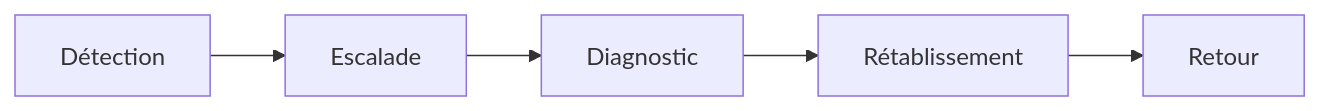
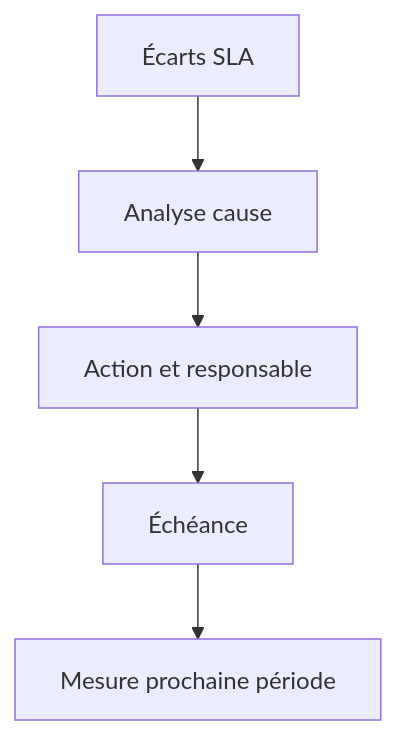
Before and after one commit to biggyseven/Skill-Tree: the sixth of 6 diagrams in content/lessons/maint-sla-intermediaire.md, drawn with Mermaid. The commit also changed other lines of this file, not shown here.

Commit message:
Adapter les schémas au sujet de maint-sla-intermediaire

````diff
--- a/content/lessons/maint-sla-intermediaire.md
+++ b/content/lessons/maint-sla-intermediaire.md
@@ -92,4 +107,7 @@
 ```mermaid
-flowchart LR
-  A[Détection] --> B[Escalade] --> C[Diagnostic] --> D[Rétablissement] --> E[Retour]
+flowchart TD
+  A[Écarts SLA] --> B[Analyse cause]
+  B --> C[Action et responsable]
+  C --> D[Échéance]
+  D --> E[Mesure prochaine période]
 ```
````
